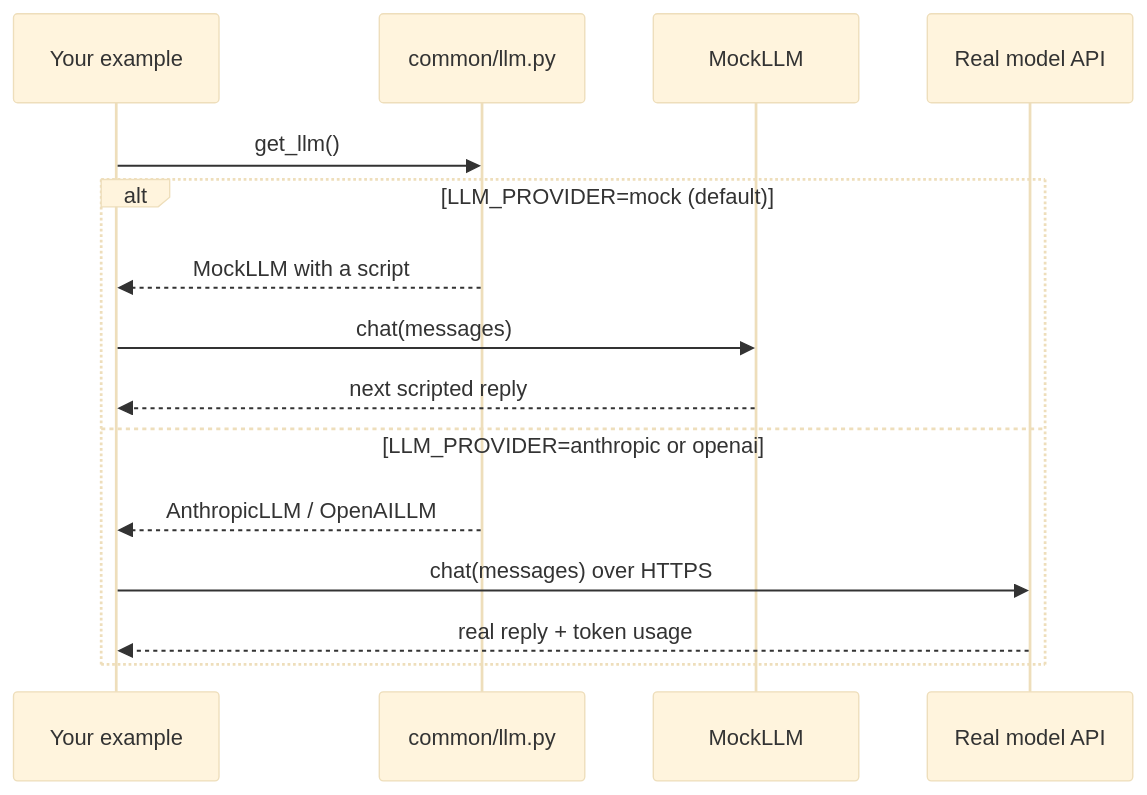
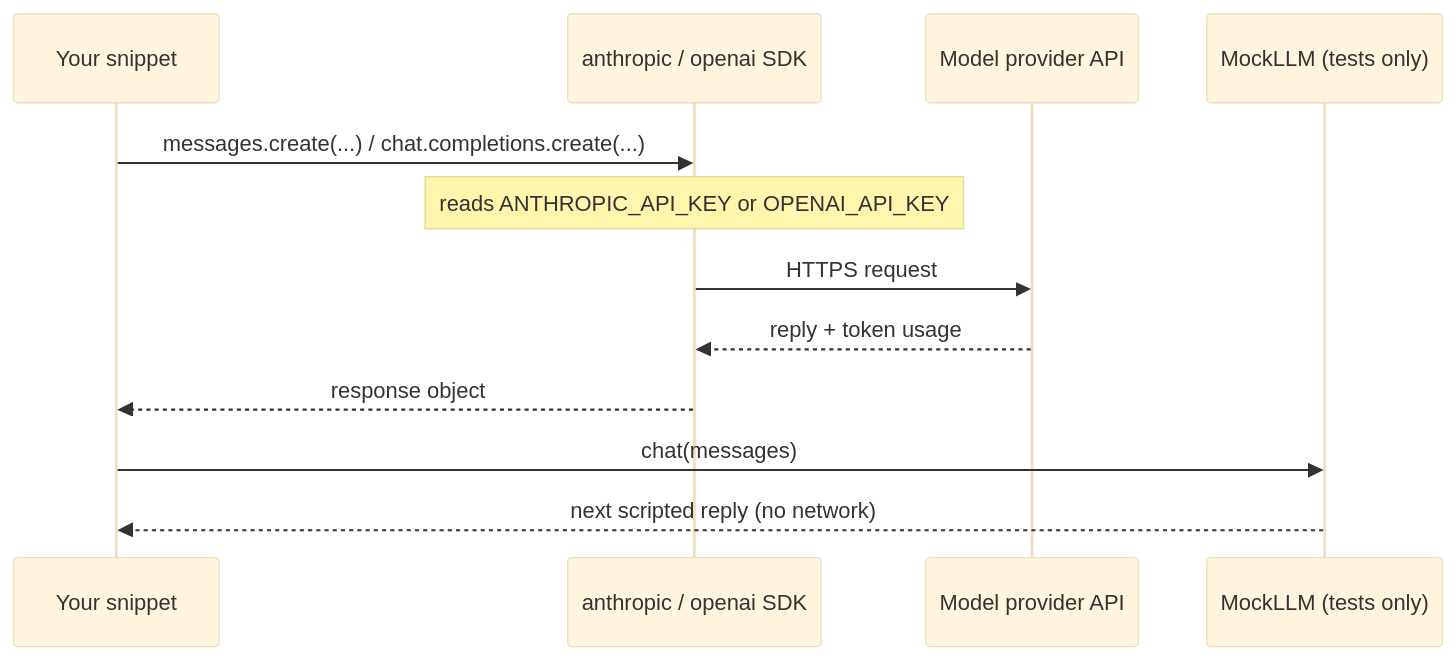
One commit to asmustechno/agentic-ai-notes changed the diagram in docs/00-start-here/00.3-setup.md. Above: the diagram before and after it, drawn with Mermaid (base theme). The commit also changed other lines of this file and 397 other files, not shown here.

````diff
--- a/docs/00-start-here/00.3-setup.md
+++ b/docs/00-start-here/00.3-setup.md
@@ -36,17 +36,14 @@
 ```mermaid
 sequenceDiagram
-    participant Ex as Your example
-    participant W as common/llm.py
-    participant M as MockLLM
-    participant API as Real model API
-    Ex->>W: get_llm()
-    alt LLM_PROVIDER=mock (default)
-        W-->>Ex: MockLLM with a script
-        Ex->>M: chat(messages)
-        M-->>Ex: next scripted reply
-    else LLM_PROVIDER=anthropic or openai
-        W-->>Ex: AnthropicLLM / OpenAILLM
-        Ex->>API: chat(messages) over HTTPS
-        API-->>Ex: real reply + token usage
-    end
+    participant Code as Your snippet
+    participant SDK as anthropic / openai SDK
+    participant API as Model provider API
+    participant Mock as MockLLM (tests only)
+    Code->>SDK: messages.create(...) / chat.completions.create(...)
+    Note over SDK: reads ANTHROPIC_API_KEY or OPENAI_API_KEY
+    SDK->>API: HTTPS request
+    API-->>SDK: reply + token usage
+    SDK-->>Code: response object
+    Code->>Mock: chat(messages)
+    Mock-->>Code: next scripted reply (no network)
 ```
````
